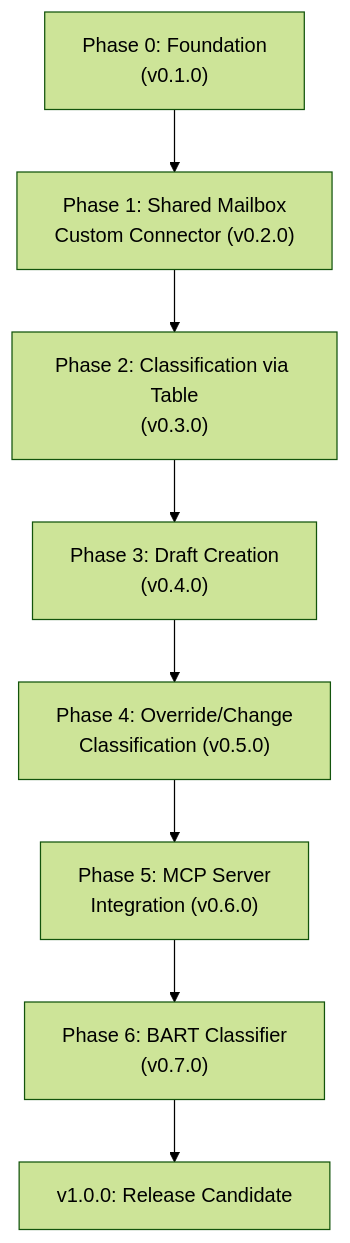
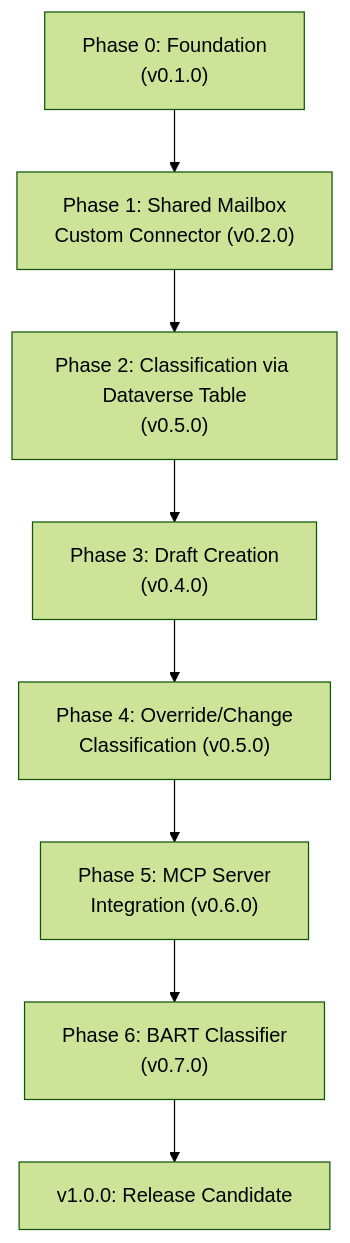
One commit to holgerimbery/bridge365 changed the diagram in docs/implementation-plan.md. Above: the diagram before and after it, drawn with Mermaid (forest theme). The commit also changed other lines of this file and 12 other files, not shown here.

````diff
--- a/docs/implementation-plan.md
+++ b/docs/implementation-plan.md
@@ -19,10 +19,10 @@
 ```mermaid
 graph TD
     A["Phase 0: Foundation<br/>(v0.1.0)"] --> B["Phase 1: Shared Mailbox<br/>Custom Connector (v0.2.0)"]
-    B --> C["Phase 2: Classification via Table<br/>(v0.3.0)"]
+    B --> C["Phase 2: Classification via Dataverse Table<br/>(v0.5.0)"]
     C --> D["Phase 3: Draft Creation<br/>(v0.4.0)"]
     D --> E["Phase 4: Override/Change<br/>Classification (v0.5.0)"]
     E --> F["Phase 5: MCP Server<br/>Integration (v0.6.0)"]
     F --> G["Phase 6: BART Classifier<br/>(v0.7.0)"]
     G --> H["v1.0.0: Release Candidate"]
 ```
````
